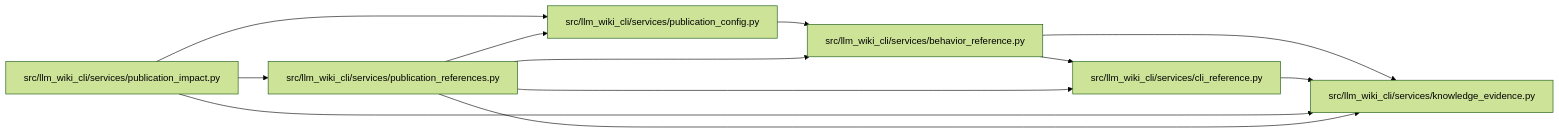
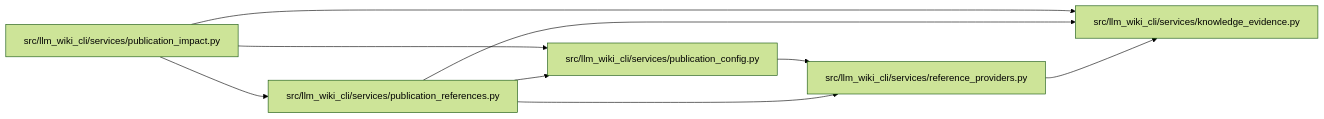
Before and after one commit to Denissvgn/python-wiki-llm: the diagram in docs/llm_wiki/modules/publication_references.md, drawn with Mermaid (forest theme). The commit also changed other lines of this file and 1555 other files, not shown here.

````diff
--- a/docs/llm_wiki/modules/publication_references.md
+++ b/docs/llm_wiki/modules/publication_references.md
@@ -25,26 +27,21 @@
 ```mermaid
 flowchart LR
-    n0["src/llm_wiki_cli/services/behavior_reference.py"]
-    n1["src/llm_wiki_cli/services/cli_reference.py"]
-    n2["src/llm_wiki_cli/services/knowledge_evidence.py"]
-    n3["src/llm_wiki_cli/services/publication_config.py"]
-    n4["src/llm_wiki_cli/services/publication_impact.py"]
-    n5["src/llm_wiki_cli/services/publication_references.py"]
-    n0 --> n1
-    n0 --> n2
-    n1 --> n2
+    n0["src/llm_wiki_cli/services/knowledge_evidence.py"]
+    n1["src/llm_wiki_cli/services/publication_config.py"]
+    n2["src/llm_wiki_cli/services/publication_impact.py"]
+    n3["src/llm_wiki_cli/services/publication_references.py"]
+    n4["src/llm_wiki_cli/services/reference_providers.py"]
+    n1 --> n4
+    n2 --> n0
+    n2 --> n1
+    n2 --> n3
     n3 --> n0
-    n4 --> n2
-    n4 --> n3
-    n4 --> n5
-    n5 --> n0
-    n5 --> n1
-    n5 --> n2
-    n5 --> n3
-    click n0 "../modules/behavior_reference.md"
-    click n1 "../modules/cli_reference.md"
-    click n2 "../modules/knowledge_evidence.md"
-    click n3 "../modules/publication_config.md"
-    click n4 "../modules/publication_impact.md"
-    click n5 "../modules/publication_references.md"
+    n3 --> n1
+    n3 --> n4
+    n4 --> n0
+    click n0 "../modules/knowledge_evidence.md"
+    click n1 "../modules/publication_config.md"
+    click n2 "../modules/publication_impact.md"
+    click n3 "../modules/publication_references.md"
+    click n4 "../modules/reference_providers.md"
 ```
````
